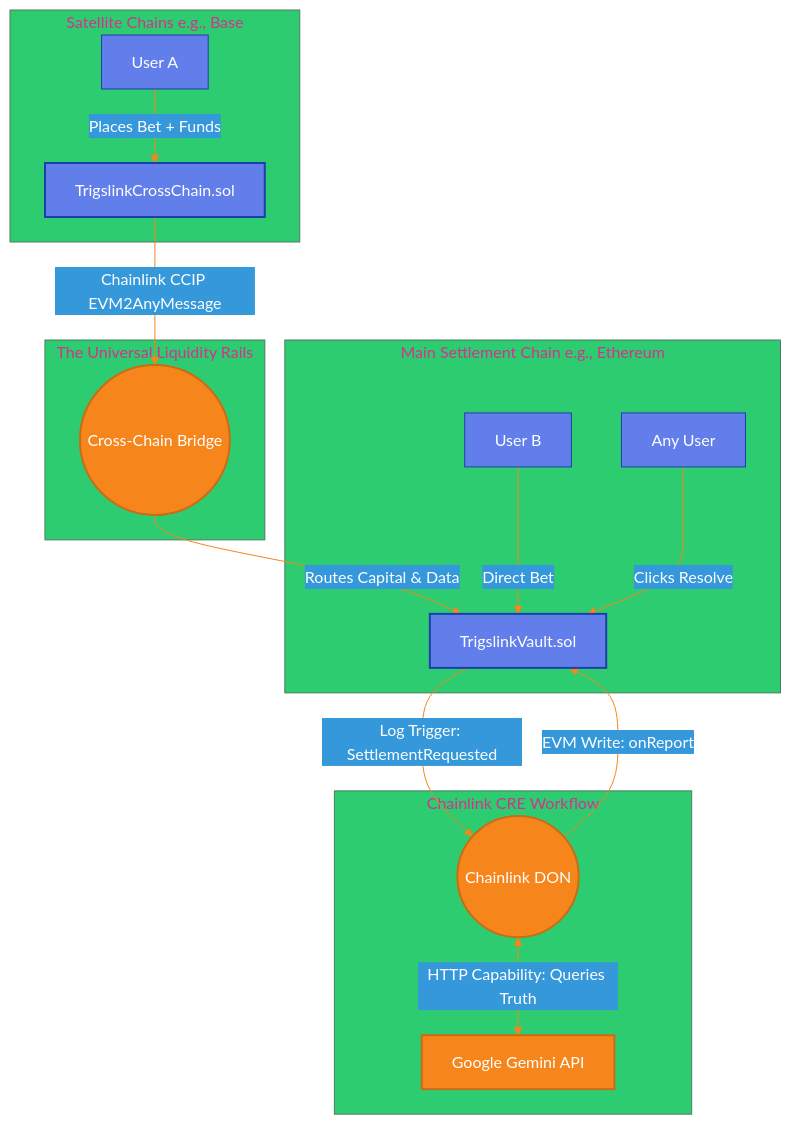
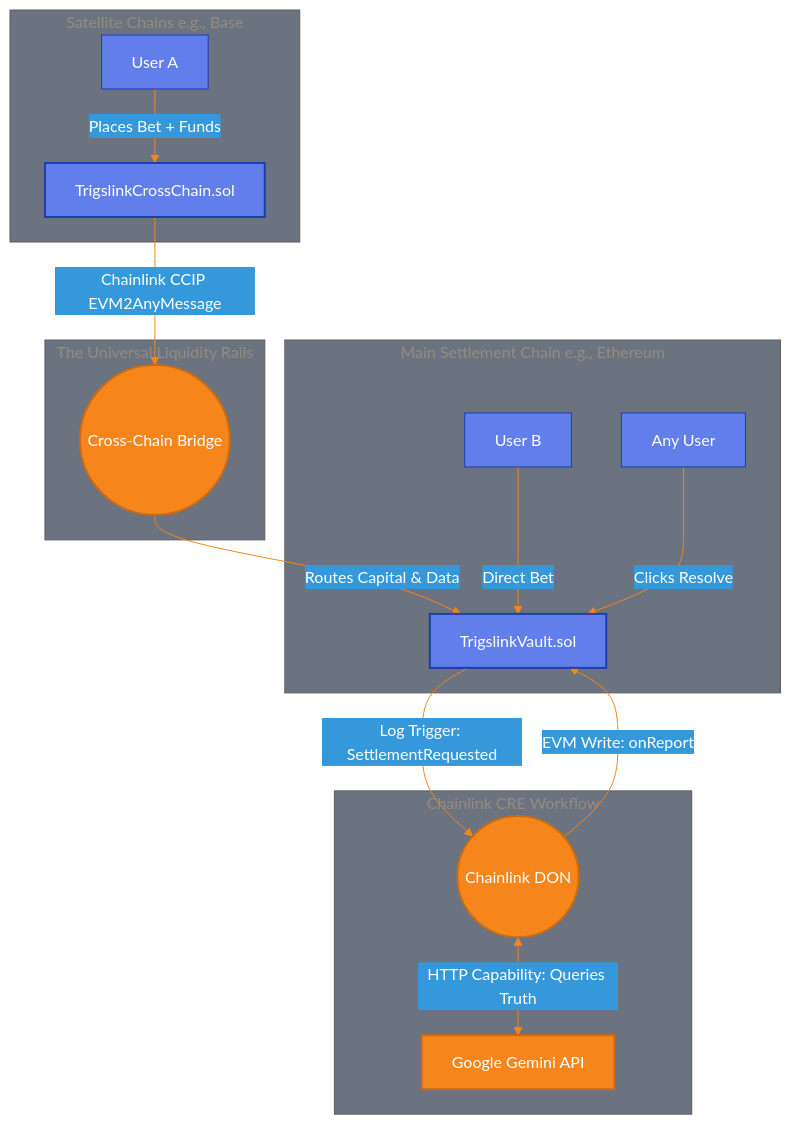
The first of 2 diagrams in README.md (Trigs-link/trigslink), drawn with Mermaid before and after one commit.

Commit message:
README updated

````diff
--- a/README.md
+++ b/README.md
@@ -21,41 +21,41 @@
 ```mermaid
 %%{init: {
   'theme': 'base',
   'themeVariables': {
     'primaryColor': '#627eea',
     'primaryTextColor': '#ffffff',
     'primaryBorderColor': '#1c3faa',
     'lineColor': '#f6851b',
     'secondaryColor': '#3498db',
-    'tertiaryColor': '#2ecc71',
+    'tertiaryColor': '#6b7280',
     'fontFamily': 'Inter, system-ui, sans-serif',
     'background': '#0b0f1c'
   }
 }}%%
 graph TD
     subgraph Satellite Chains [Satellite Chains e.g., Base]
         UserA[User A] -->|Places Bet + Funds| CC_Sender[TrigslinkCrossChain.sol]
     end
 
     subgraph The Universal Liquidity Rails
         CC_Sender -->|Chainlink CCIP EVM2AnyMessage| Bridge((Cross-Chain Bridge))
     end
 
     subgraph Main Hub [Main Settlement Chain e.g., Ethereum]
         Bridge -->|Routes Capital & Data| Vault[TrigslinkVault.sol]
         UserB[User B] -->|Direct Bet| Vault
         UserC[Any User] -->|Clicks Resolve| Vault
     end
 
     subgraph Off-Chain Truth Engine [Chainlink CRE Workflow]
         Vault -->|Log Trigger: SettlementRequested| DON((Chainlink DON))
         DON <-->|HTTP Capability: Queries Truth| Gemini[Google Gemini API]
         DON -->|EVM Write: onReport| Vault
     end
 
     classDef contract fill:#627eea,stroke:#1c3faa,stroke-width:2px,color:#fff;
     classDef external fill:#f6851b,stroke:#c96c15,stroke-width:2px,color:#fff;
     
     class Vault,CC_Sender contract;
     class DON,Bridge,Gemini external;
 ```
````
